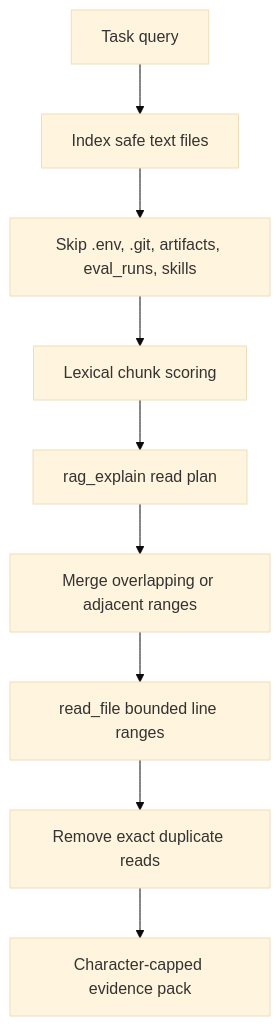
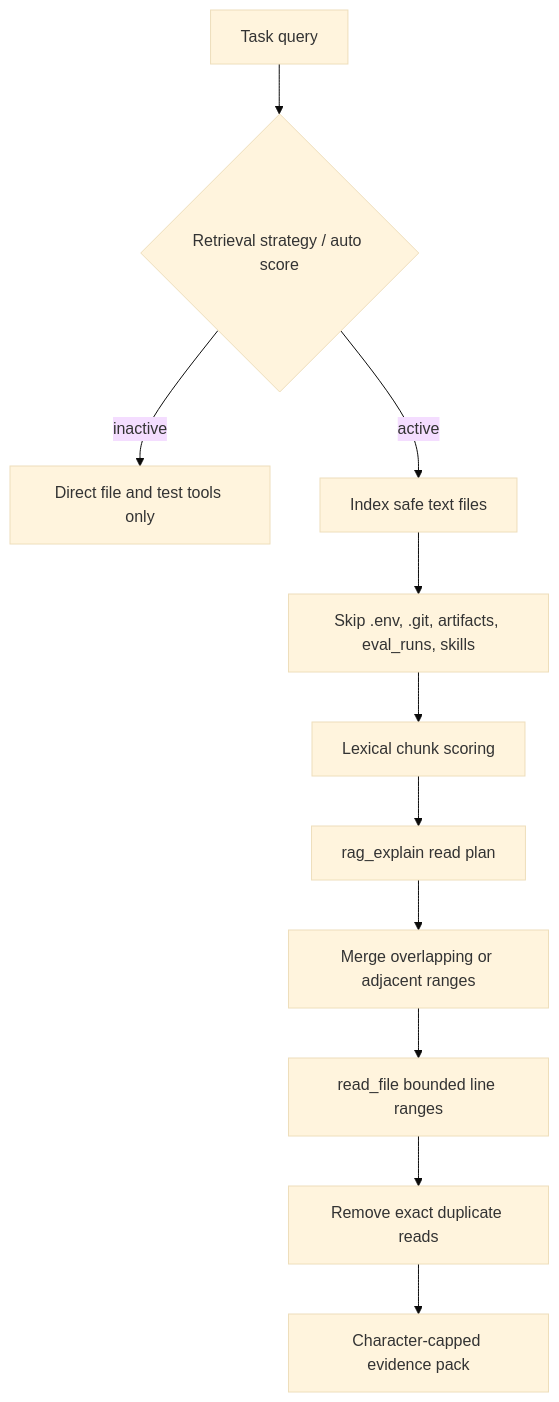
The third of 5 diagrams in docs/ARCHITECTURE.md (Userss1234/mini-coding-agent-harness), drawn with Mermaid (base theme) before and after one commit. The commit also changed other lines of this file and 16 other files, not shown here.

Commit message:
Gate retrieval by task complexity

````diff
--- a/docs/ARCHITECTURE.md
+++ b/docs/ARCHITECTURE.md
@@ -85,11 +85,13 @@
 ```mermaid
 flowchart TD
-    Query["Task query"] --> Index["Index safe text files"]
+    Query["Task query"] --> Gate{"Retrieval strategy / auto score"}
+    Gate -->|inactive| Direct["Direct file and test tools only"]
+    Gate -->|active| Index["Index safe text files"]
     Index --> Filter["Skip .env, .git, artifacts, eval_runs, skills"]
     Filter --> Score["Lexical chunk scoring"]
     Score --> Plan["rag_explain read plan"]
     Plan --> Merge["Merge overlapping or adjacent ranges"]
     Merge --> Read["read_file bounded line ranges"]
     Read --> Deduplicate["Remove exact duplicate reads"]
     Deduplicate --> Pack["Character-capped evidence pack"]
 ```
````
